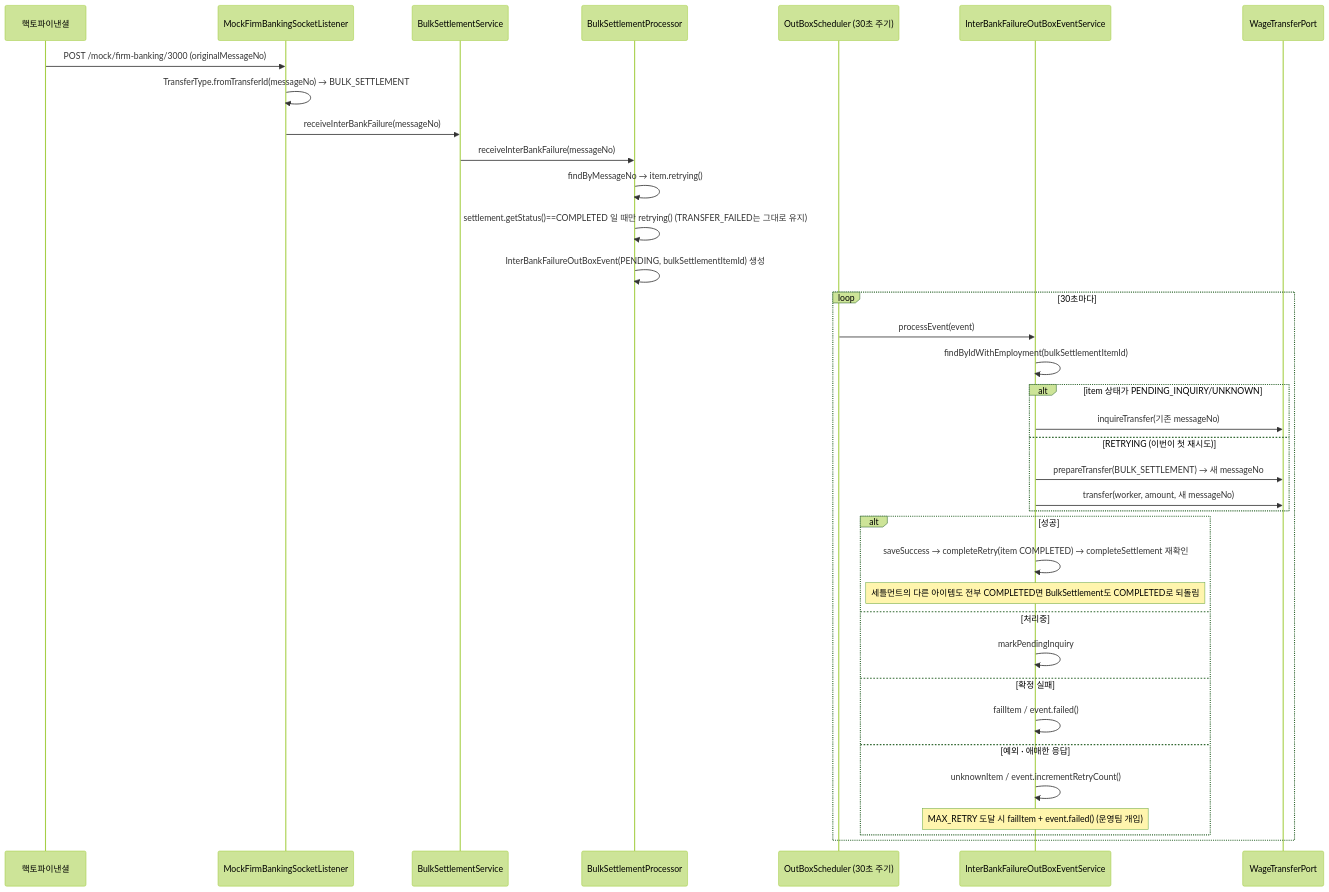
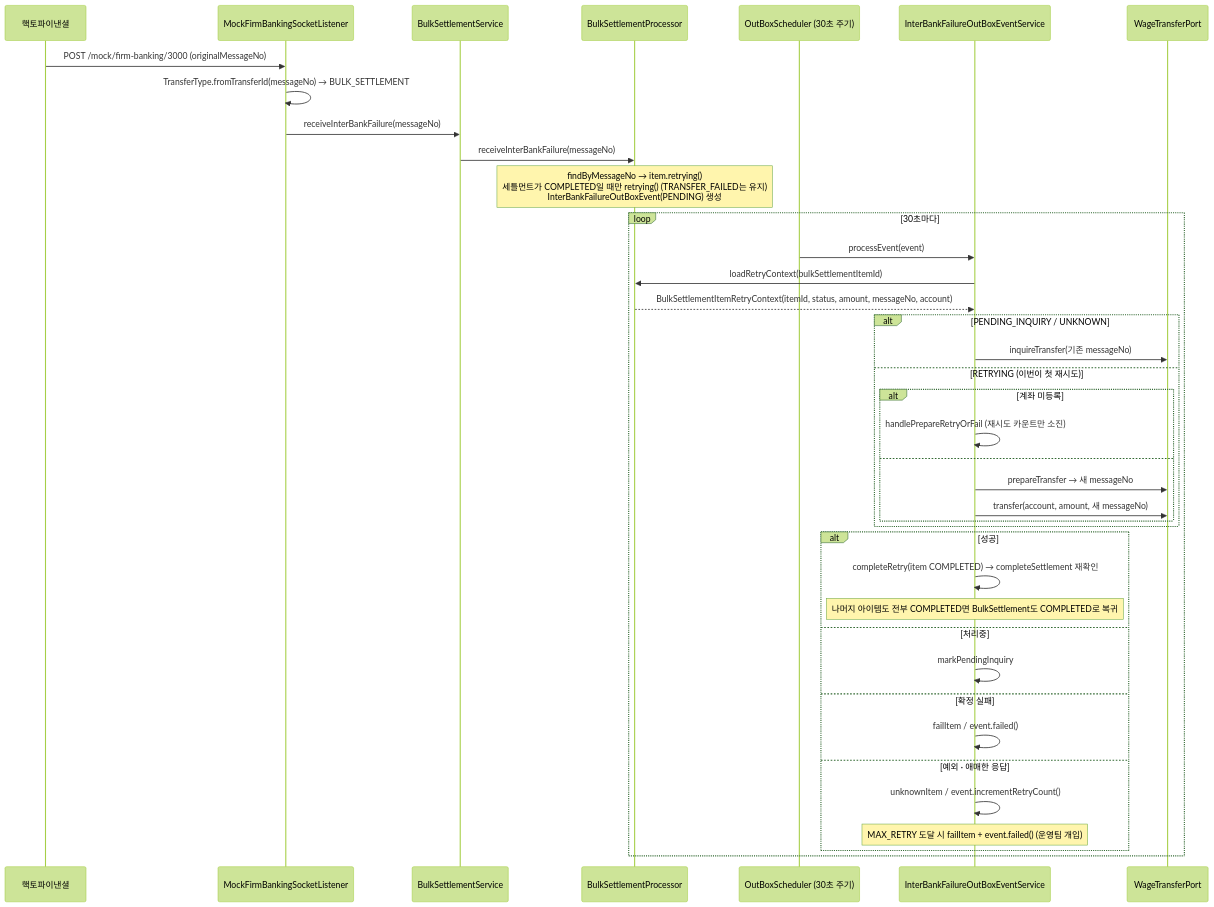
Before and after one commit to YOUHEETAE/wage-clock: the sixth of 6 diagrams in docs/diagrams/sequence-diagram.md, drawn with Mermaid (forest theme). The commit also changed other lines of this file and 1 other file, not shown here.

Commit message:
docs: update diagrams for settlement lock states and transfer contexts

````diff
--- a/docs/diagrams/sequence-diagram.md
+++ b/docs/diagrams/sequence-diagram.md
@@ -185,40 +252,45 @@
 ```mermaid
 sequenceDiagram
     participant Bank as 핵토파이낸셜
     participant Listener as MockFirmBankingSocketListener
     participant BulkSettlementService
     participant BulkSettlementProcessor
     participant OutboxScheduler as OutBoxScheduler (30초 주기)
     participant OutboxService as InterBankFailureOutBoxEventService
     participant WageTransferPort
 
     Bank->>Listener: POST /mock/firm-banking/3000 (originalMessageNo)
     Listener->>Listener: TransferType.fromTransferId(messageNo) → BULK_SETTLEMENT
     Listener->>BulkSettlementService: receiveInterBankFailure(messageNo)
     BulkSettlementService->>BulkSettlementProcessor: receiveInterBankFailure(messageNo)
-    BulkSettlementProcessor->>BulkSettlementProcessor: findByMessageNo → item.retrying()
-    BulkSettlementProcessor->>BulkSettlementProcessor: settlement.getStatus()==COMPLETED 일 때만 retrying() (TRANSFER_FAILED는 그대로 유지)
-    BulkSettlementProcessor->>BulkSettlementProcessor: InterBankFailureOutBoxEvent(PENDING, bulkSettlementItemId) 생성
+    Note over BulkSettlementProcessor: findByMessageNo → item.retrying()<br/>세틀먼트가 COMPLETED일 때만 retrying() (TRANSFER_FAILED는 유지)<br/>InterBankFailureOutBoxEvent(PENDING) 생성
 
     loop 30초마다
         OutboxScheduler->>OutboxService: processEvent(event)
-        OutboxService->>OutboxService: findByIdWithEmployment(bulkSettlementItemId)
-        alt item 상태가 PENDING_INQUIRY/UNKNOWN
+        OutboxService->>BulkSettlementProcessor: loadRetryContext(bulkSettlementItemId)
+        BulkSettlementProcessor-->>OutboxService: BulkSettlementItemRetryContext(itemId, status, amount, messageNo, account)
+
+        alt PENDING_INQUIRY / UNKNOWN
             OutboxService->>WageTransferPort: inquireTransfer(기존 messageNo)
         else RETRYING (이번이 첫 재시도)
-            OutboxService->>WageTransferPort: prepareTransfer(BULK_SETTLEMENT) → 새 messageNo
-            OutboxService->>WageTransferPort: transfer(worker, amount, 새 messageNo)
+            alt 계좌 미등록
+                OutboxService->>OutboxService: handlePrepareRetryOrFail (재시도 카운트만 소진)
+            else
+                OutboxService->>WageTransferPort: prepareTransfer → 새 messageNo
+                OutboxService->>WageTransferPort: transfer(account, amount, 새 messageNo)
+            end
         end
+
         alt 성공
-            OutboxService->>OutboxService: saveSuccess → completeRetry(item COMPLETED) → completeSettlement 재확인
-            Note over OutboxService: 세틀먼트의 다른 아이템도 전부 COMPLETED면 BulkSettlement도 COMPLETED로 되돌림
+            OutboxService->>OutboxService: completeRetry(item COMPLETED) → completeSettlement 재확인
+            Note over OutboxService: 나머지 아이템도 전부 COMPLETED면 BulkSettlement도 COMPLETED로 복귀
         else 처리중
             OutboxService->>OutboxService: markPendingInquiry
         else 확정 실패
             OutboxService->>OutboxService: failItem / event.failed()
         else 예외 · 애매한 응답
             OutboxService->>OutboxService: unknownItem / event.incrementRetryCount()
             Note over OutboxService: MAX_RETRY 도달 시 failItem + event.failed() (운영팀 개입)
         end
     end
 ```
````
